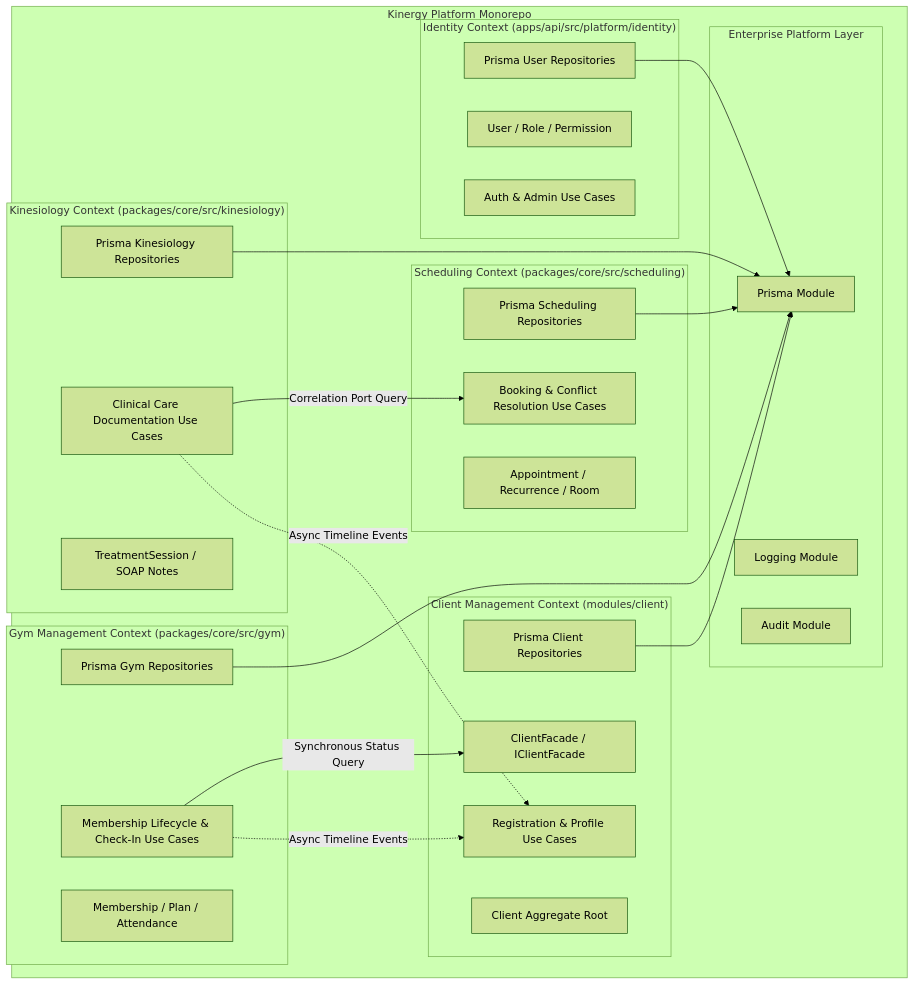
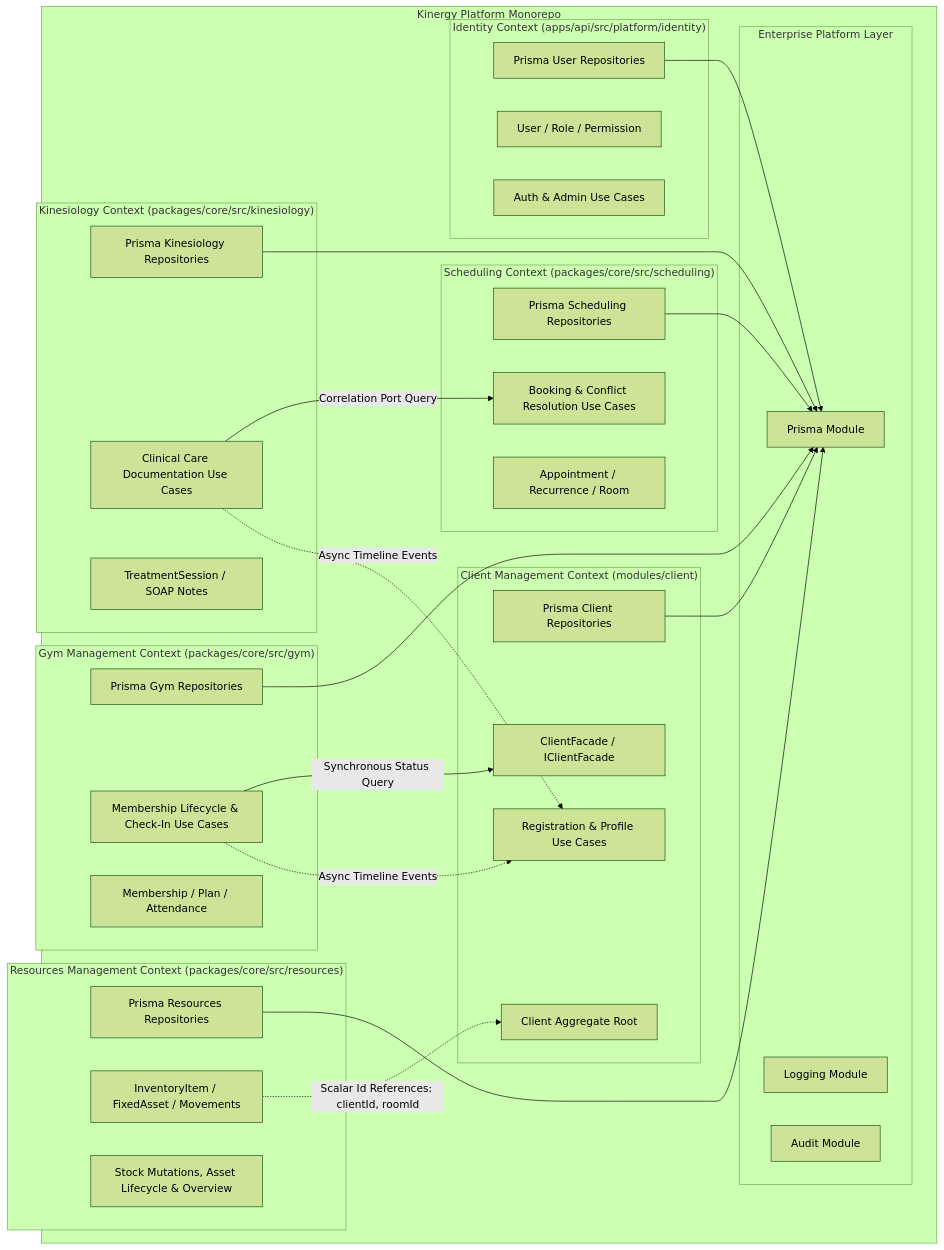
The first of 2 diagrams in docs/architecture/bounded-contexts.md (izzydin/kinergy-platform), drawn with Mermaid (forest theme) before and after one commit. The commit also changed other lines of this file and 3 other files, not shown here.

Commit message:
docs(resources): add resources bounded context architecture specification

````diff
--- a/docs/architecture/bounded-contexts.md
+++ b/docs/architecture/bounded-contexts.md
@@ -7,52 +7,60 @@
 ```mermaid
 graph TD
     subgraph Kinergy Platform Monorepo
         subgraph "Identity Context (apps/api/src/platform/identity)"
             IAM_DOM[User / Role / Permission]
             IAM_UC[Auth & Admin Use Cases]
             IAM_REPO[Prisma User Repositories]
         end
 
         subgraph "Client Management Context (modules/client)"
             CLT_DOM[Client Aggregate Root]
             CLT_UC[Registration & Profile Use Cases]
             CLT_FACADE[ClientFacade / IClientFacade]
             CLT_REPO[Prisma Client Repositories]
         end
 
         subgraph "Scheduling Context (packages/core/src/scheduling)"
             SCHED_DOM[Appointment / Recurrence / Room]
             SCHED_UC[Booking & Conflict Resolution Use Cases]
             SCHED_REPO[Prisma Scheduling Repositories]
         end
 
         subgraph "Kinesiology Context (packages/core/src/kinesiology)"
             KIN_DOM[TreatmentSession / SOAP Notes]
             KIN_UC[Clinical Care Documentation Use Cases]
             KIN_REPO[Prisma Kinesiology Repositories]
         end
 
         subgraph "Gym Management Context (packages/core/src/gym)"
             GYM_DOM[Membership / Plan / Attendance]
             GYM_UC[Membership Lifecycle & Check-In Use Cases]
             GYM_REPO[Prisma Gym Repositories]
         end
 
+        subgraph "Resources Management Context (packages/core/src/resources)"
+            RES_DOM[InventoryItem / FixedAsset / Movements]
+            RES_UC[Stock Mutations, Asset Lifecycle & Overview]
+            RES_REPO[Prisma Resources Repositories]
+        end
+
         subgraph "Enterprise Platform Layer"
             PLAT_PRISMA[Prisma Module]
             PLAT_LOG[Logging Module]
             PLAT_AUDIT[Audit Module]
         end
     end
 
     IAM_REPO --> PLAT_PRISMA
     CLT_REPO --> PLAT_PRISMA
     SCHED_REPO --> PLAT_PRISMA
     KIN_REPO --> PLAT_PRISMA
     GYM_REPO --> PLAT_PRISMA
+    RES_REPO --> PLAT_PRISMA
 
     GYM_UC -->|Synchronous Status Query| CLT_FACADE
     KIN_UC -->|Correlation Port Query| SCHED_UC
     GYM_UC -.->|Async Timeline Events| CLT_UC
     KIN_UC -.->|Async Timeline Events| CLT_UC
+    RES_DOM -.->|Scalar Id References: clientId, roomId| CLT_DOM
 ```
````
